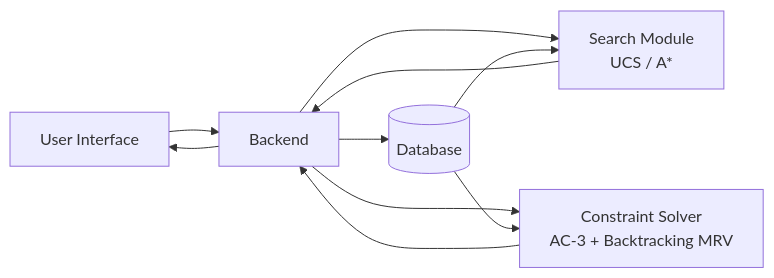
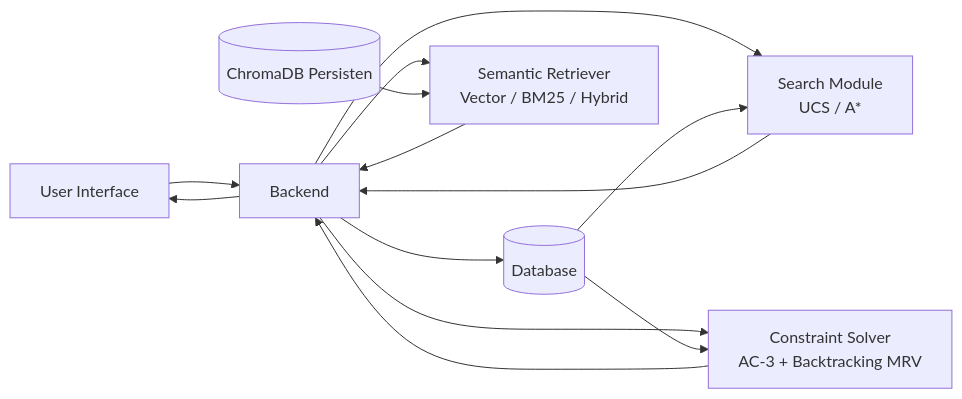
One commit to NicolasButarbutar/Smart-Warehouse-Agent changed the second of 2 diagrams in README.md. Above: the diagram before and after it, drawn with Mermaid. The commit also changed other lines of this file and 16 other files, not shown here.

Commit message:
feat(m3): pipeline basis pengetahuan (embedding, ChromaDB, retriever, CLI)

````diff
--- a/README.md
+++ b/README.md
@@ -142,12 +166,15 @@
 ```mermaid
 flowchart LR
     U[User Interface] --> B[Backend]
     B --> DB[(Database)]
     B --> S[Search Module\nUCS / A*]
     B --> C[Constraint Solver\nAC-3 + Backtracking MRV]
+    B --> R[Semantic Retriever\nVector / BM25 / Hybrid]
     DB --> S
     DB --> C
+    KB[(ChromaDB Persisten)] --> R
     S --> B
     C --> B
+    R --> B
     B --> U
 ```
````
